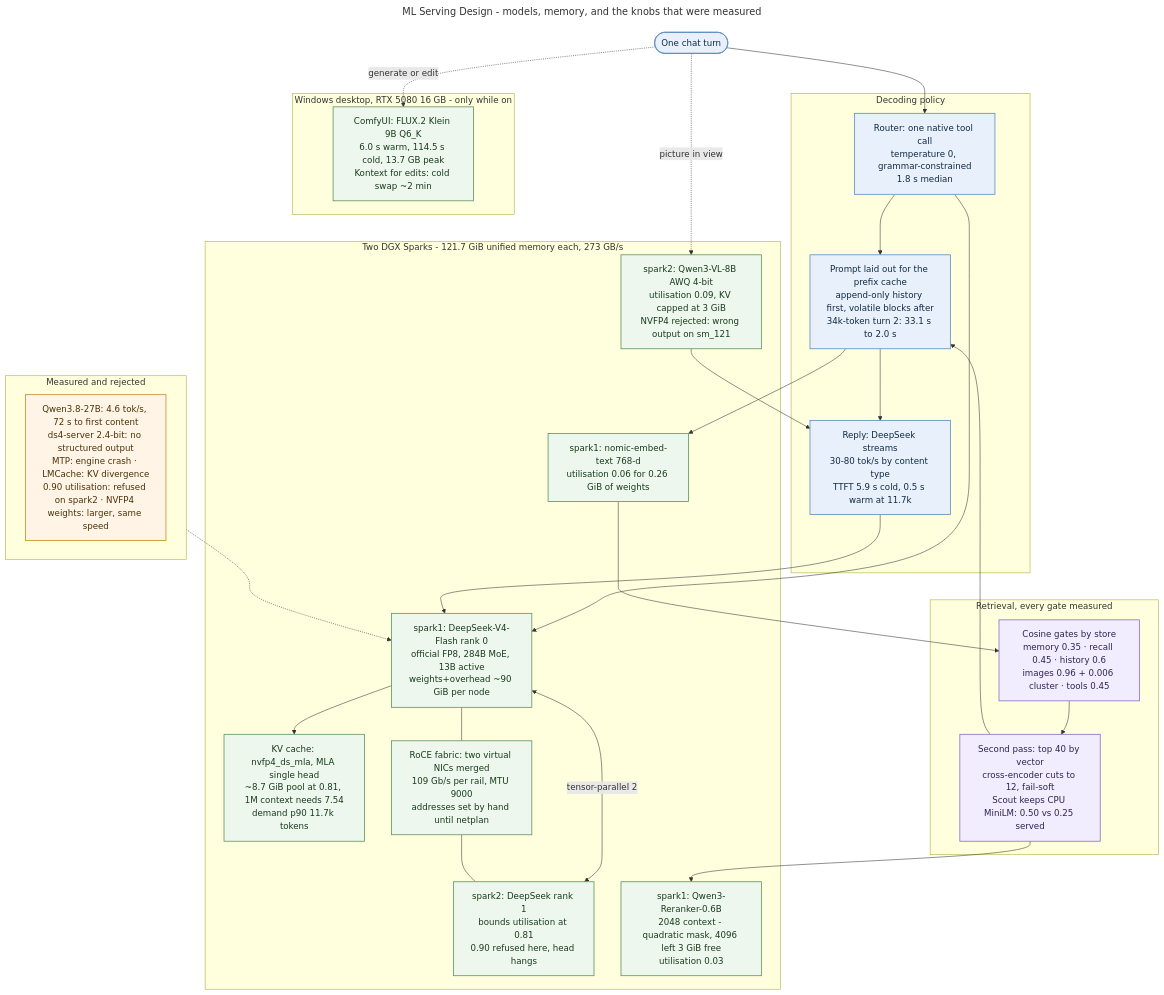
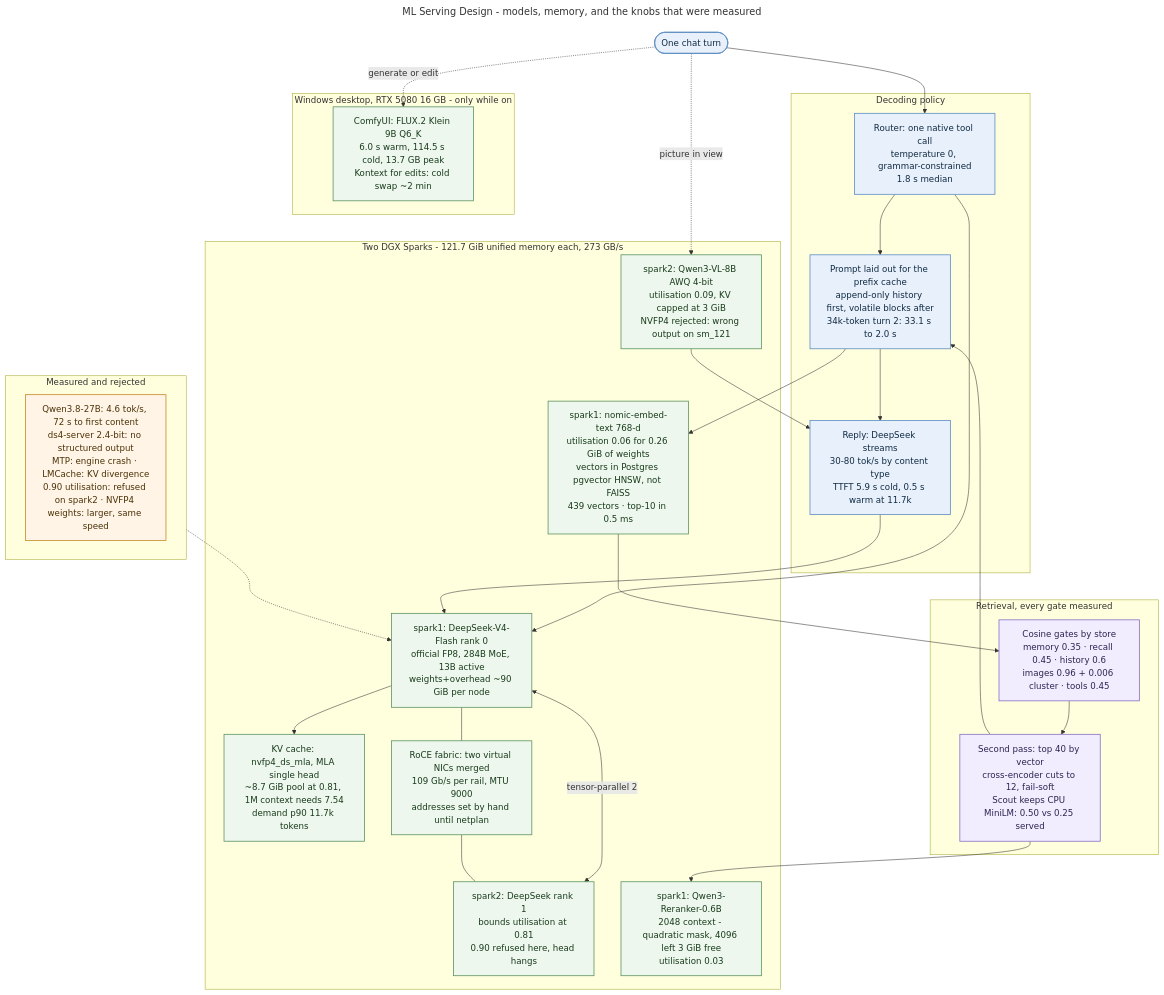
Before and after one commit to MallyaAni/PersonalAssistant: the diagram in docs/diagrams/ml-serving-design.mmd, drawn with Mermaid. The commit also changed 28 other files, not shown here.

First line of the commit message:
Bring the architecture page up to date and record why the vector store is pgvector, not FAISS

```diff
--- a/docs/diagrams/ml-serving-design.mmd
+++ b/docs/diagrams/ml-serving-design.mmd
@@ -1,55 +1,55 @@
 ---
 title: ML Serving Design - models, memory, and the knobs that were measured
 ---
 flowchart TB
     Turn([One chat turn])
 
     subgraph Decode[Decoding policy]
         Route[Router: one native tool call<br/>temperature 0, grammar-constrained<br/>1.8 s median]
         Prompt[Prompt laid out for the prefix cache<br/>append-only history first, volatile blocks after<br/>34k-token turn 2: 33.1 s to 2.0 s]
         Reply[Reply: DeepSeek streams<br/>30-80 tok/s by content type<br/>TTFT 5.9 s cold, 0.5 s warm at 11.7k]
     end
 
     subgraph Sparks[Two DGX Sparks - 121.7 GiB unified memory each, 273 GB/s]
         Head[spark1: DeepSeek-V4-Flash rank 0<br/>official FP8, 284B MoE, 13B active<br/>weights+overhead ~90 GiB per node]
         Rank1[spark2: DeepSeek rank 1<br/>bounds utilisation at 0.81<br/>0.90 refused here, head hangs]
         KV[KV cache: nvfp4_ds_mla, MLA single head<br/>~8.7 GiB pool at 0.81, 1M context needs 7.54<br/>demand p90 11.7k tokens]
         Fabric[RoCE fabric: two virtual NICs merged<br/>109 Gb/s per rail, MTU 9000<br/>addresses set by hand until netplan]
         VLM[spark2: Qwen3-VL-8B AWQ 4-bit<br/>utilisation 0.09, KV capped at 3 GiB<br/>NVFP4 rejected: wrong output on sm_121]
-        Embed[spark1: nomic-embed-text 768-d<br/>utilisation 0.06 for 0.26 GiB of weights]
+        Embed[spark1: nomic-embed-text 768-d<br/>utilisation 0.06 for 0.26 GiB of weights<br/>vectors in Postgres pgvector HNSW, not FAISS<br/>439 vectors · top-10 in 0.5 ms]
         Rerank[spark1: Qwen3-Reranker-0.6B<br/>2048 context - quadratic mask, 4096 left 3 GiB free<br/>utilisation 0.03]
         Head <-->|tensor-parallel 2| Rank1
         Head --- Fabric --- Rank1
     end
 
     subgraph Retrieval[Retrieval, every gate measured]
         Gates[Cosine gates by store<br/>memory 0.35 · recall 0.45 · history 0.6<br/>images 0.96 + 0.006 cluster · tools 0.45]
         Second[Second pass: top 40 by vector<br/>cross-encoder cuts to 12, fail-soft<br/>Scout keeps CPU MiniLM: 0.50 vs 0.25 served]
     end
 
     subgraph Desktop[Windows desktop, RTX 5080 16 GB - only while on]
         Flux[ComfyUI: FLUX.2 Klein 9B Q6_K<br/>6.0 s warm, 114.5 s cold, 13.7 GB peak<br/>Kontext for edits: cold swap ~2 min]
     end
 
     subgraph Rejected[Measured and rejected]
         No[Qwen3.8-27B: 4.6 tok/s, 72 s to first content<br/>ds4-server 2.4-bit: no structured output<br/>MTP: engine crash · LMCache: KV divergence<br/>0.90 utilisation: refused on spark2 · NVFP4 weights: larger, same speed]
     end
 
     Turn --> Route --> Prompt --> Reply
     Route --> Head
     Reply --> Head
     Head --> KV
     Prompt --> Embed --> Gates --> Second --> Prompt
     Second --> Rerank
     Turn -.->|picture in view| VLM --> Reply
     Turn -.->|generate or edit| Flux
     Rejected -.-> Head
 
     classDef step fill:#e8f1fb,stroke:#5e8fc4,color:#102a43,stroke-width:1.5px;
     classDef infra fill:#eef7ee,stroke:#5f9562,color:#183b1b,stroke-width:1.5px;
     classDef note fill:#f1edff,stroke:#8872c6,color:#2e2450,stroke-width:1.5px;
     classDef warn fill:#fff4e5,stroke:#c98a2b,color:#4a3208,stroke-width:1.5px;
     class Turn,Route,Prompt,Reply step;
     class Head,Rank1,KV,Fabric,VLM,Embed,Rerank,Flux infra;
     class Gates,Second note;
     class No warn;
```
